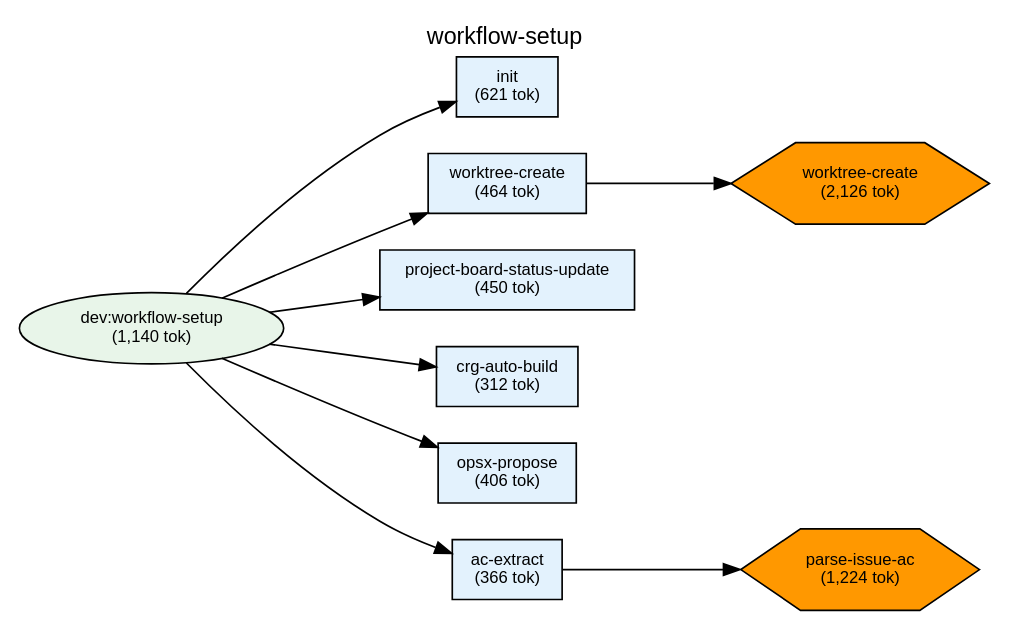
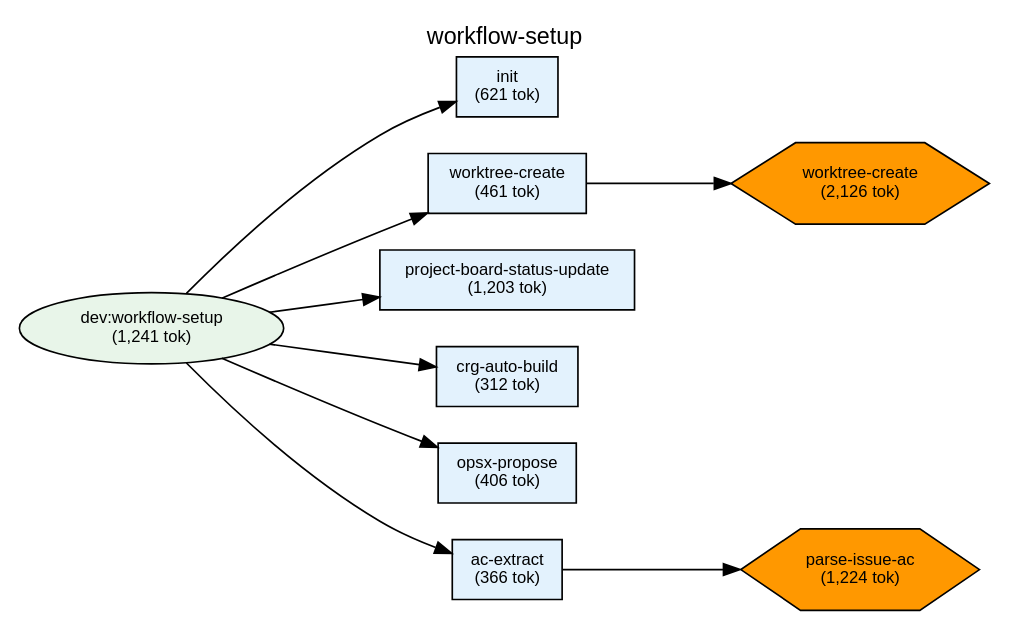
The diagram in plugins/dev/docs/deps-workflow-setup.dot (shuu5/twill), drawn with Graphviz before and after one commit. The commit also changed 28 other files, not shown here.

```diff
--- a/plugins/dev/docs/deps-workflow-setup.dot
+++ b/plugins/dev/docs/deps-workflow-setup.dot
@@ -1,62 +1,62 @@
 digraph Dependencies {
     // Graph settings
     rankdir=LR;
     ranksep=0.8;
     nodesep=0.3;
     fontname="Helvetica";
     node [fontname="Helvetica", fontsize=10];
     edge [fontname="Helvetica", fontsize=9];
     label="workflow-setup";
     labelloc=t;
     fontsize=14;
 
     // L0: Controller Skills
 
     // L0: Launchers
 
     // L0.5: Workflow Skills
-    skill_workflow_setup [label="dev:workflow-setup\n(1,140 tok)", shape=ellipse, style=filled, fillcolor="#e8f5e9"];
+    skill_workflow_setup [label="dev:workflow-setup\n(1,241 tok)", shape=ellipse, style=filled, fillcolor="#e8f5e9"];
 
     // Reference Skills
 
     // L1: Direct Commands
     cmd_init [label="init\n(621 tok)", shape=box, style=filled, fillcolor="#e3f2fd"];
-    cmd_worktree_create [label="worktree-create\n(464 tok)", shape=box, style=filled, fillcolor="#e3f2fd"];
-    cmd_project_board_status_update [label="project-board-status-update\n(450 tok)", shape=box, style=filled, fillcolor="#e3f2fd"];
+    cmd_worktree_create [label="worktree-create\n(461 tok)", shape=box, style=filled, fillcolor="#e3f2fd"];
+    cmd_project_board_status_update [label="project-board-status-update\n(1,203 tok)", shape=box, style=filled, fillcolor="#e3f2fd"];
     cmd_crg_auto_build [label="crg-auto-build\n(312 tok)", shape=box, style=filled, fillcolor="#e3f2fd"];
     cmd_opsx_propose [label="opsx-propose\n(406 tok)", shape=box, style=filled, fillcolor="#e3f2fd"];
     cmd_ac_extract [label="ac-extract\n(366 tok)", shape=box, style=filled, fillcolor="#e3f2fd"];
 
     // L2: Sub Commands
 
     // L3: Agents
 
     // L3.5: Scripts
     script_worktree_create [label="worktree-create\n(2,126 tok)", shape=hexagon, style=filled, fillcolor="#FF9800"];
     script_parse_issue_ac [label="parse-issue-ac\n(1,224 tok)", shape=hexagon, style=filled, fillcolor="#FF9800"];
 
     // L4: External
 
     // Layer constraints
     { rank=same; skill_workflow_setup; }
     { rank=same; cmd_init; cmd_worktree_create; cmd_project_board_status_update; cmd_crg_auto_build; cmd_opsx_propose; cmd_ac_extract; }
     { rank=same; script_worktree_create; script_parse_issue_ac; }
 
     // Edges
     skill_workflow_setup -> cmd_init;
     skill_workflow_setup -> cmd_worktree_create;
     skill_workflow_setup -> cmd_project_board_status_update;
     skill_workflow_setup -> cmd_crg_auto_build;
     skill_workflow_setup -> cmd_opsx_propose;
     skill_workflow_setup -> cmd_ac_extract;
     cmd_worktree_create -> script_worktree_create;
     cmd_ac_extract -> script_parse_issue_ac;
 
     // Ordering constraints (invisible edges)
     cmd_init -> cmd_worktree_create [style=invis, weight=10];
     cmd_worktree_create -> cmd_project_board_status_update [style=invis, weight=10];
     cmd_project_board_status_update -> cmd_crg_auto_build [style=invis, weight=10];
     cmd_crg_auto_build -> cmd_opsx_propose [style=invis, weight=10];
     cmd_opsx_propose -> cmd_ac_extract [style=invis, weight=10];
 
 }
```
